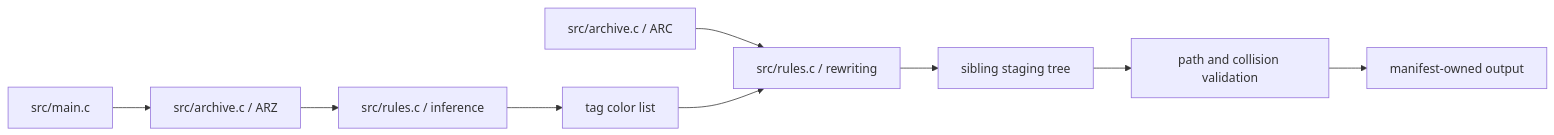
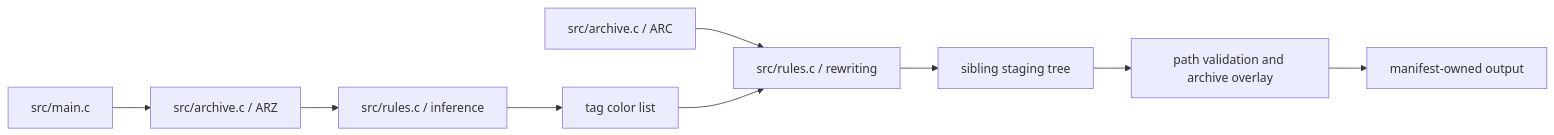
One commit to malvarenga123/gdse-c changed the diagram in docs/ARCHITECTURE.md. Above: the diagram before and after it, drawn with Mermaid. The commit also changed other lines of this file and 2 other files, not shown here.

Commit message:
Correct stale durable documentation claims
Three statements in the durable docs described behavior the code no
longer has:

- README claimed colliding archive paths are rejected. Duplicate
  destinations have followed archive overlay order since the staging
  publication change; unsafe-path rejection is unaffected.
- ARCHITECTURE's flow diagram and main.c bullet still described
  collision detection for the same reason.
- AUDIT recorded the remediation branch as `c89-port` (it is `c89`) and
  stated that no origin was configured and upstream comparison was
  impossible. Origin is configured and the pre-fork Rust implementation
  is on `mainline`, which is the reference for validating port parity.

Documentation only, with no externally observable behavior change, so
per AGENTS.md this needs no CHANGELOG entry.

Claude-Session: https://claude.ai/code/session_01838ok6GDba6g2f5GsfVvhk

````diff
--- a/docs/ARCHITECTURE.md
+++ b/docs/ARCHITECTURE.md
@@ -7,11 +7,11 @@
 ```mermaid
 flowchart LR
   CLI[src/main.c] --> ARZ[src/archive.c / ARZ]
   ARZ --> INF[src/rules.c / inference]
   INF --> COLORS[tag color list]
   ARC[src/archive.c / ARC] --> REWRITE[src/rules.c / rewriting]
   COLORS --> REWRITE
   REWRITE --> STAGE[sibling staging tree]
-  STAGE --> VALIDATE[path and collision validation]
+  STAGE --> VALIDATE[path validation and archive overlay]
   VALIDATE --> OUT[manifest-owned output]
 ```
````
